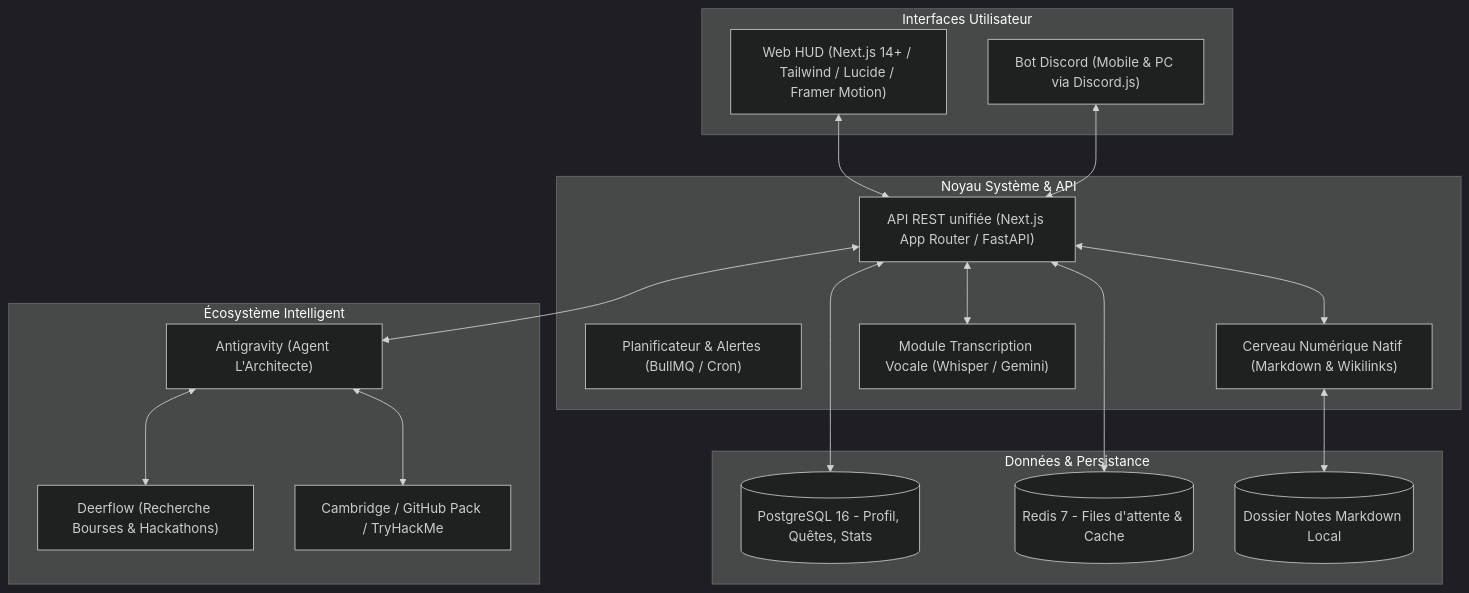
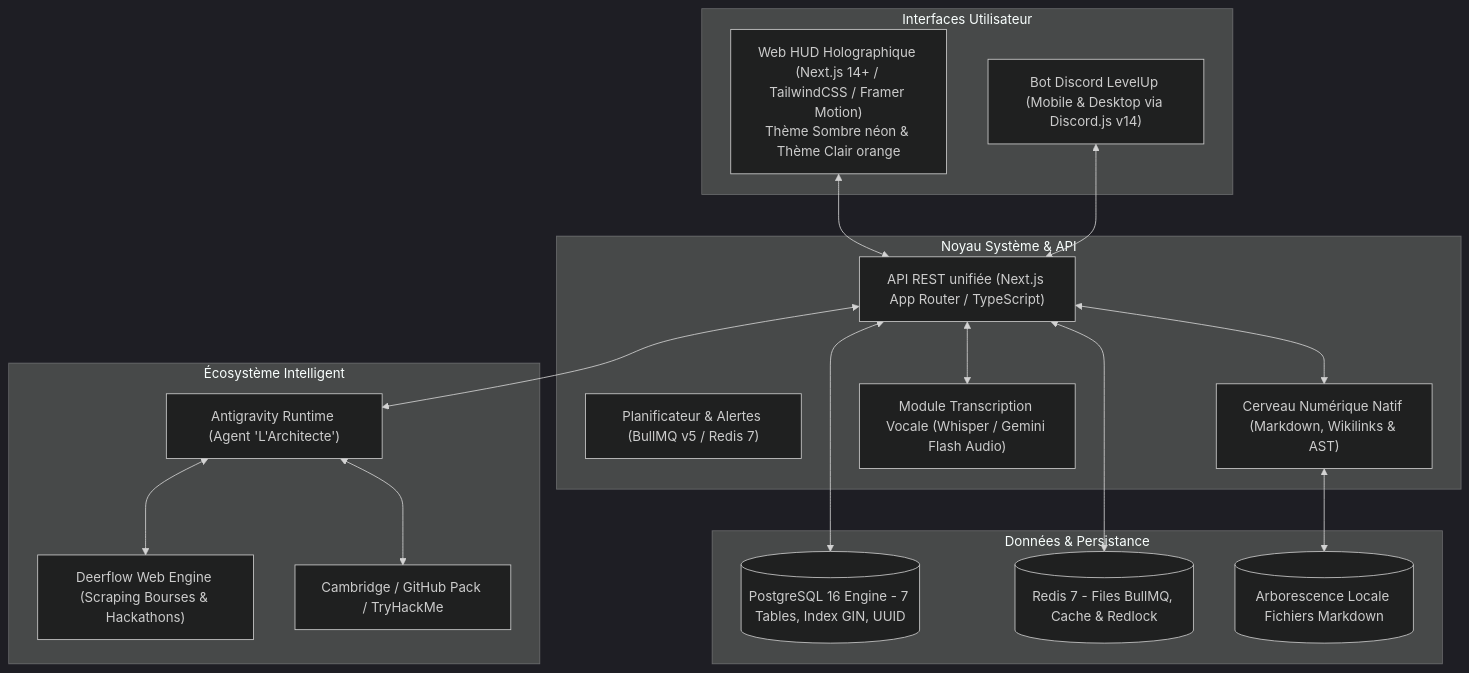
One commit to GeovanioH/LevelUp changed the diagram in README.md. Above: the diagram before and after it, drawn with Mermaid (dark theme). The commit also changed other lines of this file and 11 other files, not shown here.

Commit message:
docs: massively expand all foundational specs, architecture diagrams, Prisma schema, and test protocols

````diff
--- a/README.md
+++ b/README.md
@@ -37,37 +41,37 @@
 ```mermaid
 flowchart TD
     subgraph Clients ["Interfaces Utilisateur"]
-        WebHUD["Web HUD (Next.js 14+ / Tailwind / Lucide / Framer Motion)"]
-        Discord["Bot Discord (Mobile & PC via Discord.js)"]
+        WebHUD["Web HUD Holographique (Next.js 14+ / TailwindCSS / Framer Motion)<br>Thème Sombre néon & Thème Clair orange"]
+        DiscordBot["Bot Discord LevelUp (Mobile & Desktop via Discord.js v14)"]
     end
 
     subgraph Core ["Noyau Système & API"]
-        API["API REST unifiée (Next.js App Router / FastAPI)"]
-        Scheduler["Planificateur & Alertes (BullMQ / Cron)"]
-        Brain["Cerveau Numérique Natif (Markdown & Wikilinks)"]
-        Voice["Module Transcription Vocale (Whisper / Gemini)"]
+        API["API REST unifiée (Next.js App Router / TypeScript)"]
+        Scheduler["Planificateur & Alertes (BullMQ v5 / Redis 7)"]
+        Brain["Cerveau Numérique Natif (Markdown, Wikilinks & AST)"]
+        Voice["Module Transcription Vocale (Whisper / Gemini Flash Audio)"]
     end
 
     subgraph Data ["Données & Persistance"]
-        Postgres[(PostgreSQL 16 - Profil, Quêtes, Stats)]
-        Redis[(Redis 7 - Files d'attente & Cache)]
-        Notes[(Dossier Notes Markdown Local)]
+        Postgres[(PostgreSQL 16 Engine - 7 Tables, Index GIN, UUID)]
+        Redis[(Redis 7 - Files BullMQ, Cache & Redlock)]
+        NotesStore[(Arborescence Locale Fichiers Markdown)]
     end
 
-    subgraph External ["Écosystème Intelligent"]
-        Antigravity["Antigravity (Agent L'Architecte)"]
-        Deerflow["Deerflow (Recherche Bourses & Hackathons)"]
-        Platforms["Cambridge / GitHub Pack / TryHackMe"]
+    subgraph Intelligence ["Écosystème Intelligent"]
+        Antigravity["Antigravity Runtime (Agent 'L'Architecte')"]
+        Deerflow["Deerflow Web Engine (Scraping Bourses & Hackathons)"]
+        ExternalPlatforms["Cambridge / GitHub Pack / TryHackMe"]
     end
 
     WebHUD <--> API
-    Discord <--> API
+    DiscordBot <--> API
     API <--> Postgres
     API <--> Redis
     API <--> Brain
-    Brain <--> Notes
+    Brain <--> NotesStore
     API <--> Voice
     API <--> Antigravity
     Antigravity <--> Deerflow
-    Antigravity <--> Platforms
+    Antigravity <--> ExternalPlatforms
 ```
````
